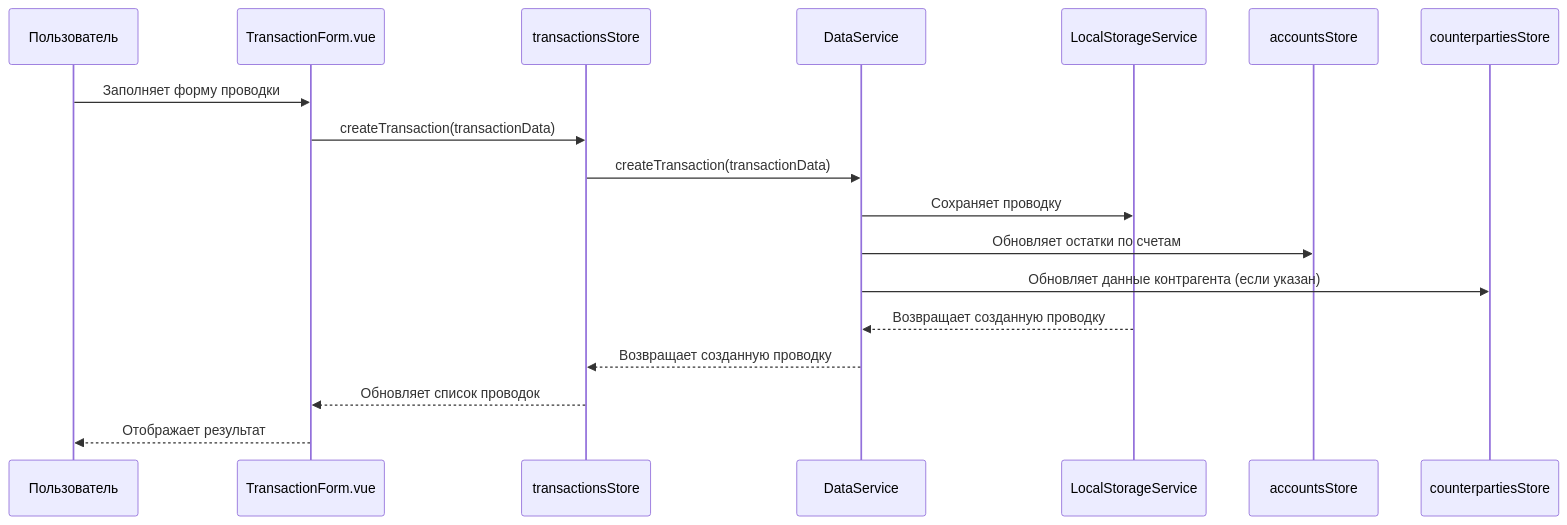
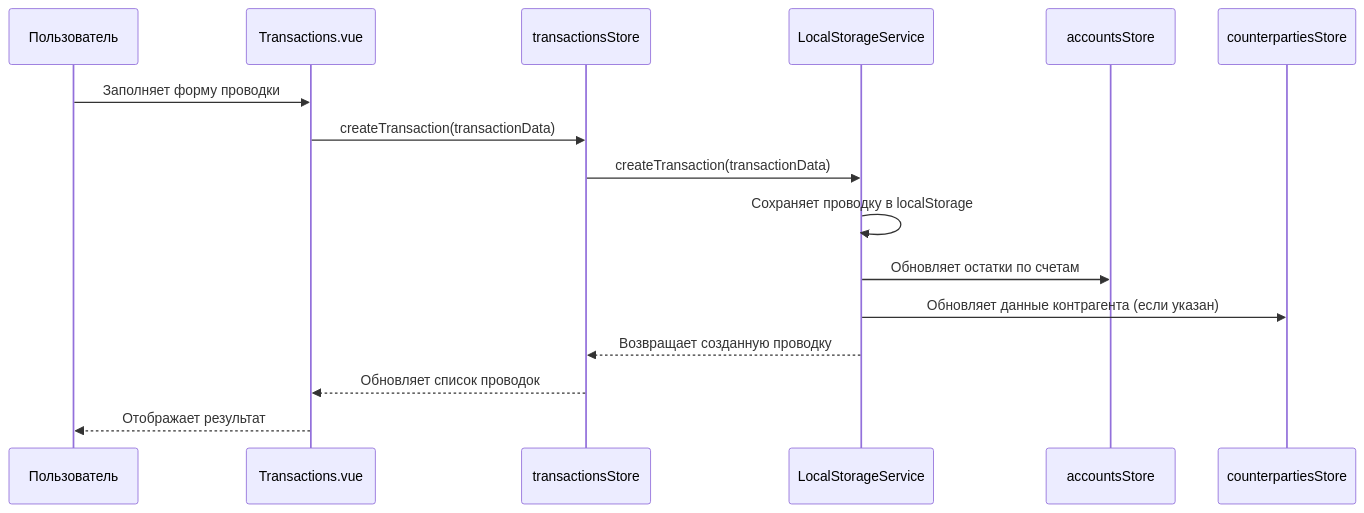
The second of 4 diagrams in ARCHITECTURE_DIAGRAM.md (Stiff-uc/accountant-assistant), drawn with Mermaid before and after one commit. The commit also changed other lines of this file and 2 other files, not shown here.

````diff
--- a/ARCHITECTURE_DIAGRAM.md
+++ b/ARCHITECTURE_DIAGRAM.md
@@ -75,21 +74,19 @@
 ```mermaid
 sequenceDiagram
     participant U as Пользователь
-    participant C as TransactionForm.vue
+    participant C as Transactions.vue
     participant S as transactionsStore
-    participant DS as DataService
-    participant LS as LocalStorageService
+    participant DS as LocalStorageService
     participant AS as accountsStore
     participant CS as counterpartiesStore
     
     U->>C: Заполняет форму проводки
     C->>S: createTransaction(transactionData)
     S->>DS: createTransaction(transactionData)
-    DS->>LS: Сохраняет проводку
+    DS->>DS: Сохраняет проводку в localStorage
     DS->>AS: Обновляет остатки по счетам
     DS->>CS: Обновляет данные контрагента (если указан)
-    LS-->>DS: Возвращает созданную проводку
     DS-->>S: Возвращает созданную проводку
     S-->>C: Обновляет список проводок
     C-->>U: Отображает результат
 ```
````
